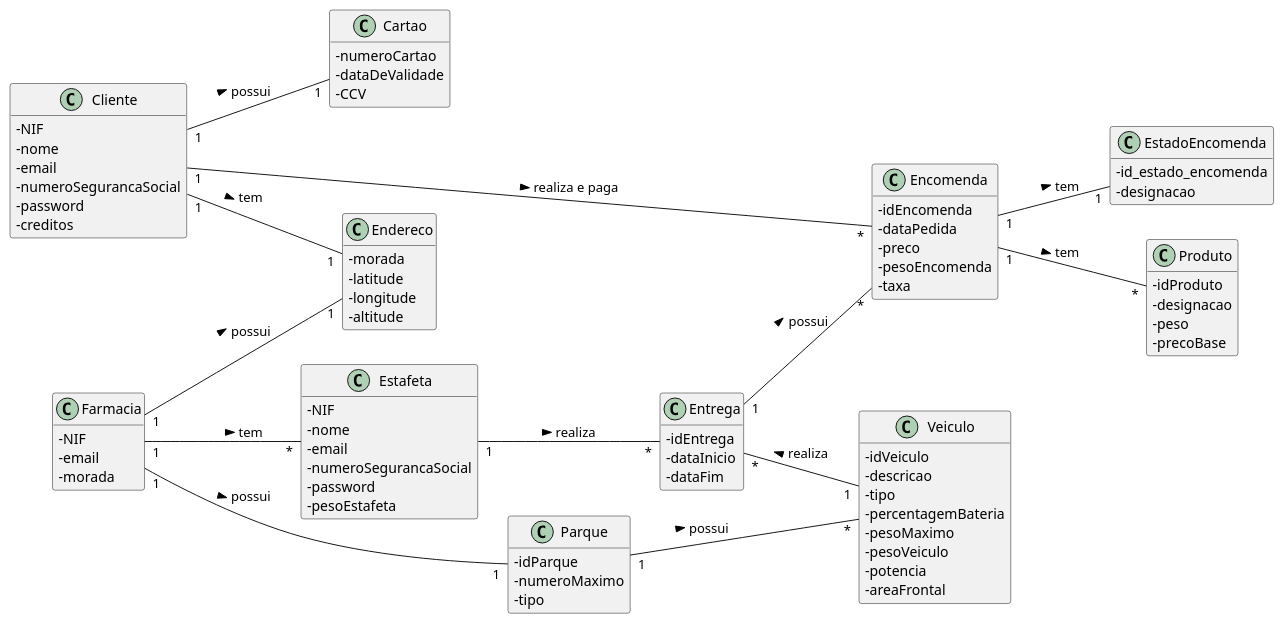
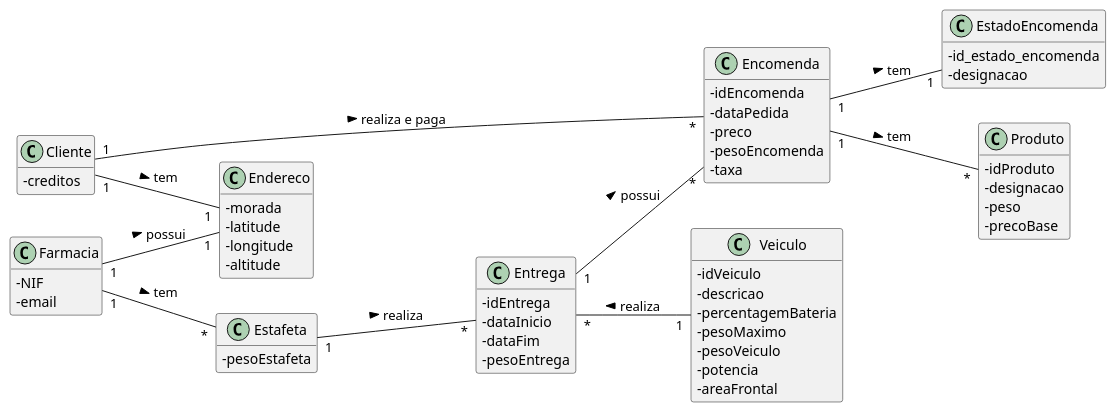
The diagram in docs/UC20/NotificarClienteMD.puml (pedrolemos4/LAPR3), drawn with PlantUML before and after one commit. The commit also changed 27 other files, not shown here.

```diff
--- a/docs/UC20/NotificarClienteMD.puml
+++ b/docs/UC20/NotificarClienteMD.puml
@@ -1,101 +1,75 @@
 @startuml
 skinparam classAttributeIconSize 0
 hide methods
 left to right direction
 
-class Cartao {
-  -numeroCartao
-  -dataDeValidade
-  -CCV
-}
 
 class Entrega {
   -idEntrega
   -dataInicio
   -dataFim
+  -pesoEntrega
 }
 
 class Encomenda {
   -idEncomenda
   -dataPedida
   -preco
   -pesoEncomenda
   -taxa
 }
 
 class EstadoEncomenda {
   -id_estado_encomenda
   -designacao
 }
 
 class Produto {
   -idProduto
   -designacao
   -peso
   -precoBase
 }
 
 class Estafeta {
-  -NIF
-  -nome
-  -email
-  -numeroSegurancaSocial
-  -password
   -pesoEstafeta
 }
 
 
 class Endereco {
   -morada
   -latitude
   -longitude
   -altitude
 }
 
 class Veiculo {
   -idVeiculo
   -descricao
-  -tipo
   -percentagemBateria
   -pesoMaximo
   -pesoVeiculo
   -potencia
   -areaFrontal
 }
 
-class Parque {
-  -idParque
-  -numeroMaximo
-  -tipo
-}
-
 class Cliente {
-  -NIF
-  -nome
-  -email
-  -numeroSegurancaSocial
-  -password
   -creditos
 }
 
 class Farmacia {
   -NIF
   -email
-  -morada
 }
 
 Encomenda "1" -- "1" EstadoEncomenda : tem >
 Entrega "1" -- "*" Encomenda : possui >
 Estafeta "1" -- "*" Entrega: realiza >
 Cliente "1" -- "1" Endereco: tem >
 Cliente "1" -- "*" Encomenda: realiza e paga >
 Entrega "*" -- "1" Veiculo: realiza <
 Encomenda "1" -- "*" Produto: tem >
-Parque "1" -- "*" Veiculo: possui >
-Cliente "1" -- "1" Cartao: possui >
-Farmacia "1" -- "1" Parque: possui >
 Farmacia "1" -- "*" Estafeta: tem >
 Farmacia "1" -- "1" Endereco: possui >
 
-
 @enduml
```
